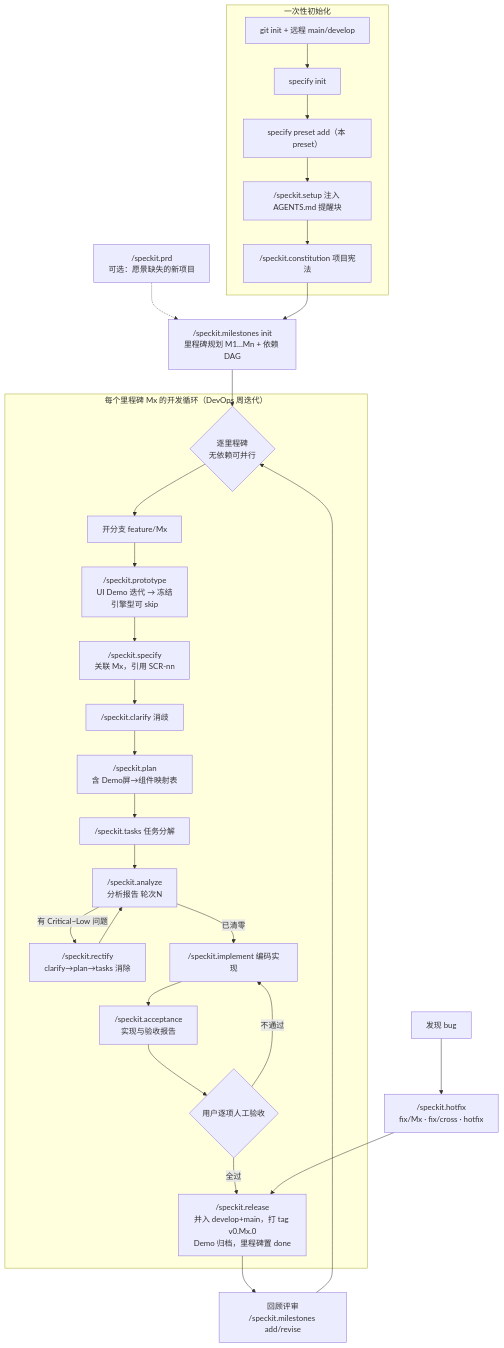
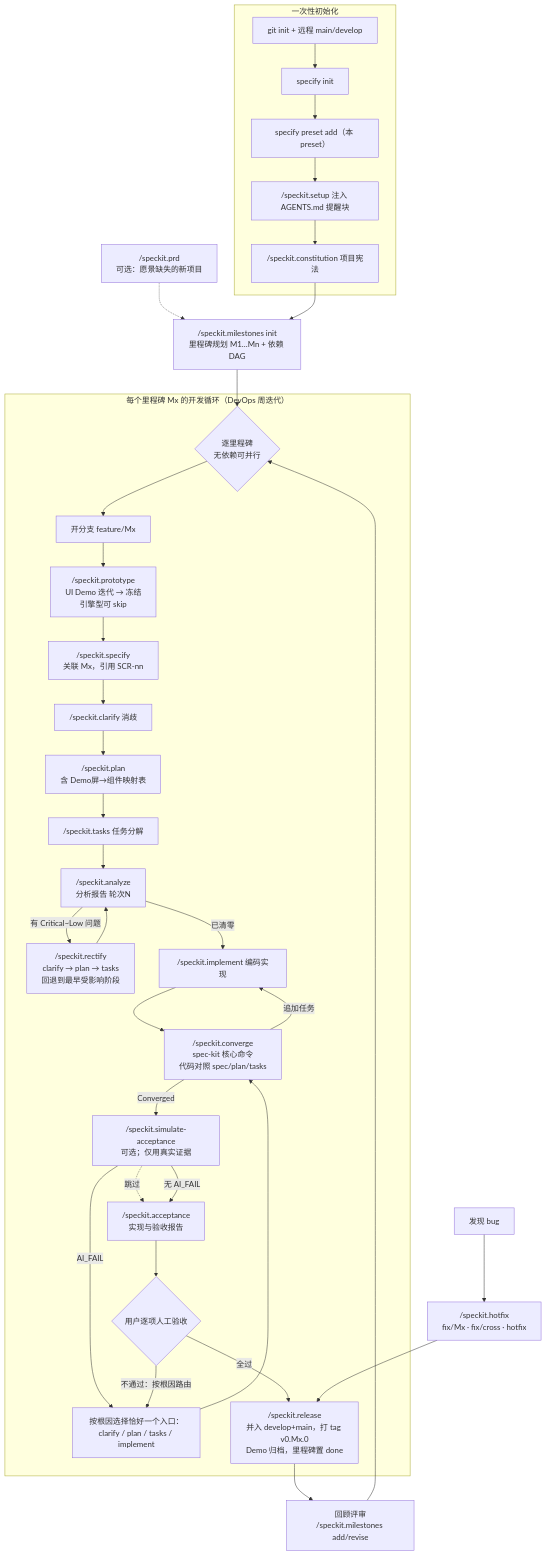
The diagram in README.zh-CN.md (sigentech/speckit-preset-milestone-driven-dev), drawn with Mermaid before and after one commit. The commit also changed other lines of this file and 5 other files, not shown here.

````diff
--- a/README.zh-CN.md
+++ b/README.zh-CN.md
@@ -84,32 +83,38 @@
 ```mermaid
 flowchart TD
     subgraph INIT["一次性初始化"]
         A["git init + 远程 main/develop"] --> B["specify init"]
         B --> C["specify preset add（本 preset）"]
         C --> C2["/speckit.setup 注入 AGENTS.md 提醒块"]
         C2 --> D["/speckit.constitution 项目宪法"]
     end
     PRD["/speckit.prd<br/>可选：愿景缺失的新项目"] -.-> E
     D --> E["/speckit.milestones init<br/>里程碑规划 M1…Mn + 依赖 DAG"]
     E --> F{"逐里程碑<br/>无依赖可并行"}
     subgraph LOOP["每个里程碑 Mx 的开发循环（DevOps 周迭代）"]
         F --> G["开分支 feature/Mx"]
         G --> H["/speckit.prototype<br/>UI Demo 迭代 → 冻结<br/>引擎型可 skip"]
         H --> I["/speckit.specify<br/>关联 Mx，引用 SCR-nn"]
         I --> J["/speckit.clarify 消歧"]
         J --> K["/speckit.plan<br/>含 Demo屏→组件映射表"]
         K --> L["/speckit.tasks 任务分解"]
         L --> M["/speckit.analyze<br/>分析报告 轮次N"]
-        M -->|有 Critical~Low 问题| N["/speckit.rectify<br/>clarify→plan→tasks 消除"]
+        M -->|有 Critical~Low 问题| N["/speckit.rectify<br/>clarify → plan → tasks<br/>回退到最早受影响阶段"]
         N --> M
         M -->|已清零| O["/speckit.implement 编码实现"]
-        O --> P["/speckit.acceptance<br/>实现与验收报告"]
-        P --> Q{"用户逐项人工验收"}
-        Q -->|不通过| O
-        Q -->|全过| R["/speckit.release<br/>并入 develop+main，打 tag v0.Mx.0<br/>Demo 归档，里程碑置 done"]
+        O --> P["/speckit.converge<br/>spec-kit 核心命令<br/>代码对照 spec/plan/tasks"]
+        P -->|追加任务| O
+        P -->|Converged| Q["/speckit.simulate-acceptance<br/>可选；仅用真实证据"]
+        Q -.->|跳过| R["/speckit.acceptance<br/>实现与验收报告"]
+        Q -->|无 AI_FAIL| R
+        Q -->|AI_FAIL| U["按根因选择恰好一个入口：<br/>clarify / plan / tasks / implement"]
+        R --> S{"用户逐项人工验收"}
+        S -->|不通过：按根因路由| U
+        U --> P
+        S -->|全过| T["/speckit.release<br/>并入 develop+main，打 tag v0.Mx.0<br/>Demo 归档，里程碑置 done"]
     end
-    R --> S["回顾评审<br/>/speckit.milestones add/revise"]
-    S --> F
-    BUG["发现 bug"] --> T["/speckit.hotfix<br/>fix/Mx · fix/cross · hotfix"]
-    T --> R
+    T --> V["回顾评审<br/>/speckit.milestones add/revise"]
+    V --> F
+    BUG["发现 bug"] --> W["/speckit.hotfix<br/>fix/Mx · fix/cross · hotfix"]
+    W --> T
 ```
````
